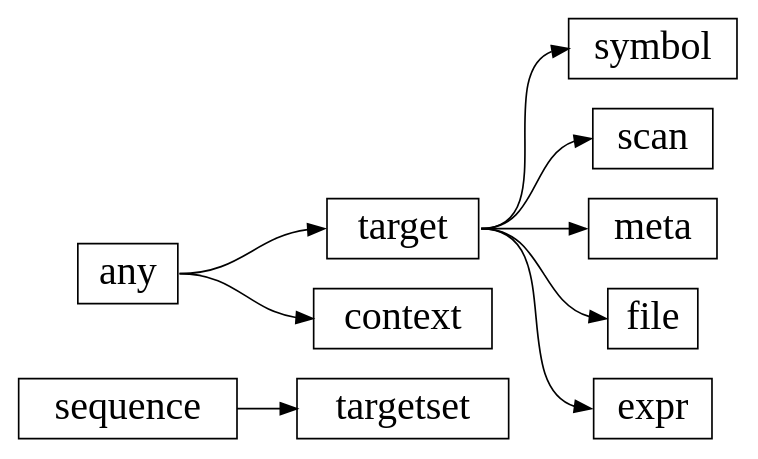
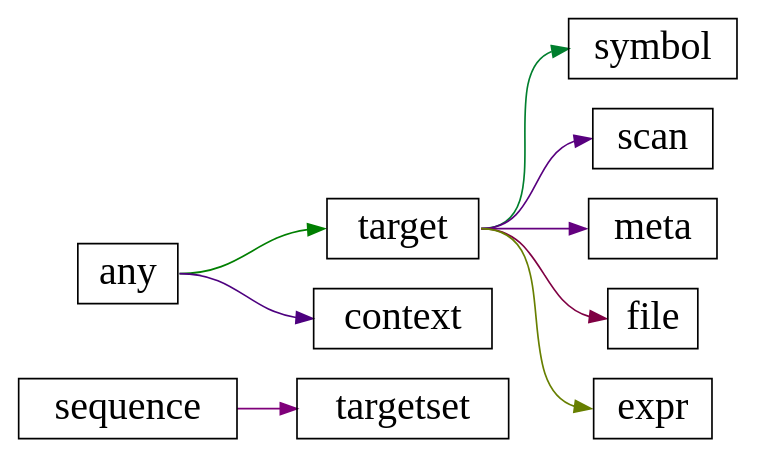
One commit to wrapl/rabs changed the diagram in docs/library/hierarchy.rst. Above: the diagram before and after it, drawn with Graphviz. The commit also changed 4 other files, not shown here.

```diff
--- a/docs/library/hierarchy.rst
+++ b/docs/library/hierarchy.rst
@@ -5,19 +5,31 @@
 .. graphviz::
+   :layout: dot
 
    digraph hierarchy {
       rankdir="LR";
       fontsize="40pt"
-      concentrate=true;
-      overlap=false;
+      concentrate=false;
+      overlap=true;
+      splines=spline;
       packMode="node";
+      mode="hier";
       outputorder="edgesfirst";
+      mclimit=20;
       node [shape=box,fontsize=24];
-      "sequence":e -> "targetset":w;
-      "target":e -> "symbol":w;
-      "target":e -> "scan":w;
-      "target":e -> "meta":w;
-      "target":e -> "file":w;
-      "target":e -> "expr":w;
-      "any":e -> "target":w;
-      "any":e -> "context":w;
+      "targetset" [href="/library/targetset.html#targetset",target="_top",tooltip="sequence"];
+      "sequence":e -> "targetset":w [color="0.840,1,0.5"];
+      "symbol" [href="/library/symbol.html#symbol",target="_top",tooltip="target"];
+      "target":e -> "symbol":w [color="0.394,1,0.5"];
+      "scan" [href="/library/scan.html#scan",target="_top",tooltip="target"];
+      "target":e -> "scan":w [color="0.783,1,0.5"];
+      "meta" [href="/library/meta.html#meta",target="_top",tooltip="target"];
+      "target":e -> "meta":w [color="0.798,1,0.5"];
+      "file" [href="/library/file.html#file",target="_top",tooltip="target"];
+      "target":e -> "file":w [color="0.912,1,0.5"];
+      "expr" [href="/library/expr.html#expr",target="_top",tooltip="target"];
+      "target":e -> "expr":w [color="0.198,1,0.5"];
+      "target" [href="/library/target.html#target",target="_top",tooltip="any"];
+      "any":e -> "target":w [color="0.335,1,0.5"];
+      "context" [href="/library/context.html#context",target="_top",tooltip="any"];
+      "any":e -> "context":w [color="0.768,1,0.5"];
    }
```
